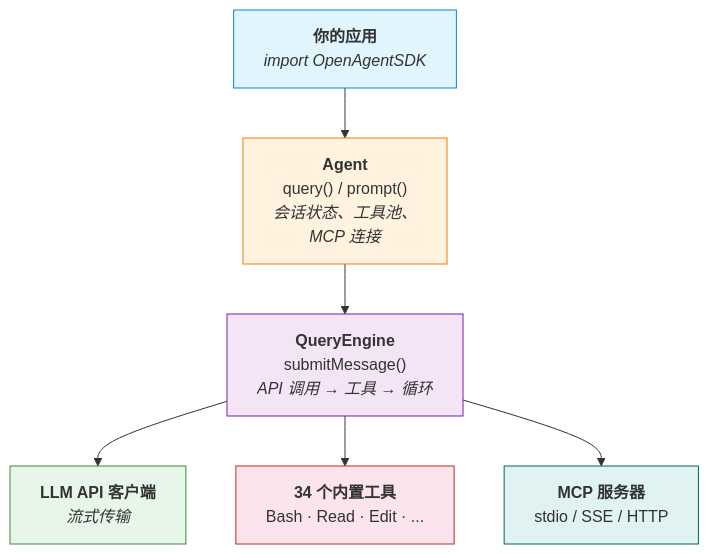
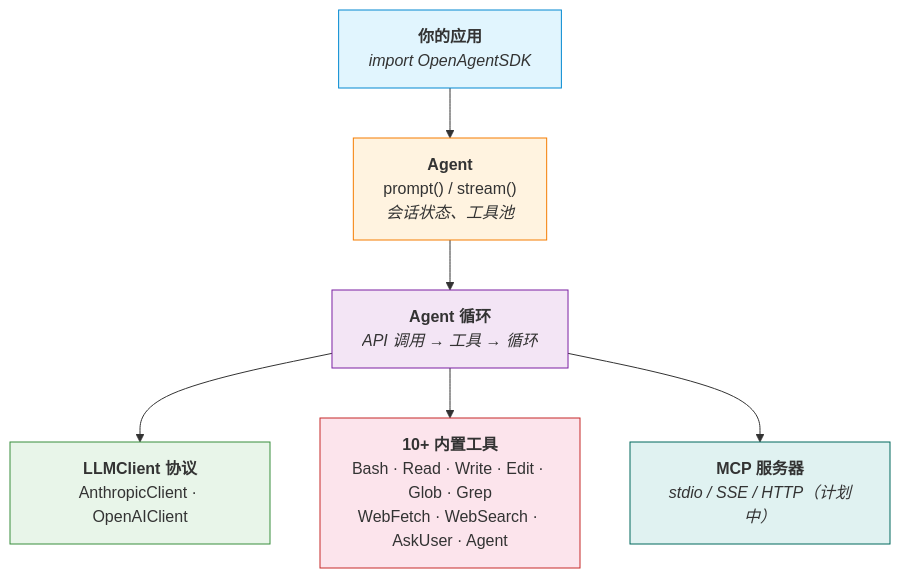
One commit to terryso/open-agent-sdk-swift changed the diagram in README_CN.md. Above: the diagram before and after it, drawn with Mermaid. The commit also changed other lines of this file and 1 other file, not shown here.

````diff
--- a/README_CN.md
+++ b/README_CN.md
@@ -122,18 +172,18 @@
 ```mermaid
 graph TD
     A["<b>你的应用</b><br/><i>import OpenAgentSDK</i>"] --> B
-    B["<b>Agent</b><br/>query() / prompt()<br/><i>会话状态、工具池、<br/>MCP 连接</i>"] --> C
-    C["<b>QueryEngine</b><br/>submitMessage()<br/><i>API 调用 → 工具 → 循环</i>"] --> D
+    B["<b>Agent</b><br/>prompt() / stream()<br/><i>会话状态、工具池</i>"] --> C
+    C["<b>Agent 循环</b><br/><i>API 调用 → 工具 → 循环</i>"] --> D
     C --> E
     C --> F
-    D["<b>LLM API 客户端</b><br/><i>流式传输</i>"]
-    E["<b>34 个内置工具</b><br/>Bash · Read · Edit · ..."]
-    F["<b>MCP 服务器</b><br/>stdio / SSE / HTTP"]
+    D["<b>LLMClient 协议</b><br/>AnthropicClient · OpenAIClient"]
+    E["<b>10+ 内置工具</b><br/>Bash · Read · Write · Edit · Glob · Grep<br/>WebFetch · WebSearch · AskUser · Agent"]
+    F["<b>MCP 服务器</b><br/><i>stdio / SSE / HTTP（计划中）</i>"]
 
     style A fill:#e1f5fe,stroke:#0288d1
     style B fill:#fff3e0,stroke:#f57c00
     style C fill:#f3e5f5,stroke:#7b1fa2
     style D fill:#e8f5e9,stroke:#388e3c
     style E fill:#fce4ec,stroke:#c62828
     style F fill:#e0f2f1,stroke:#00695c
 ```
````
